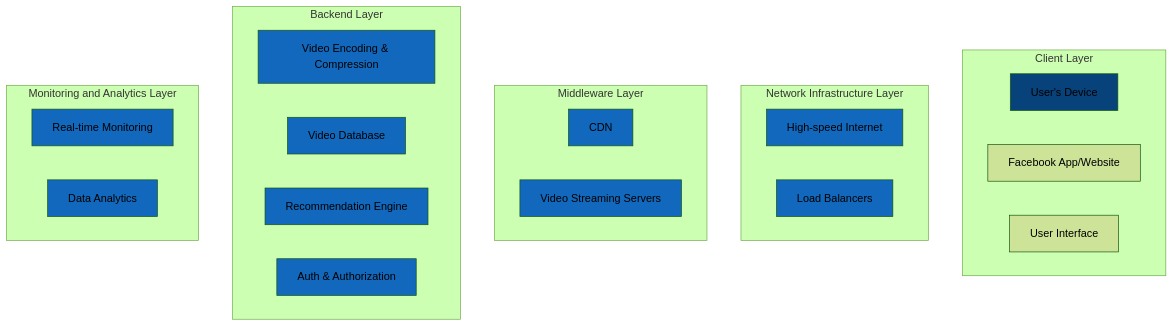
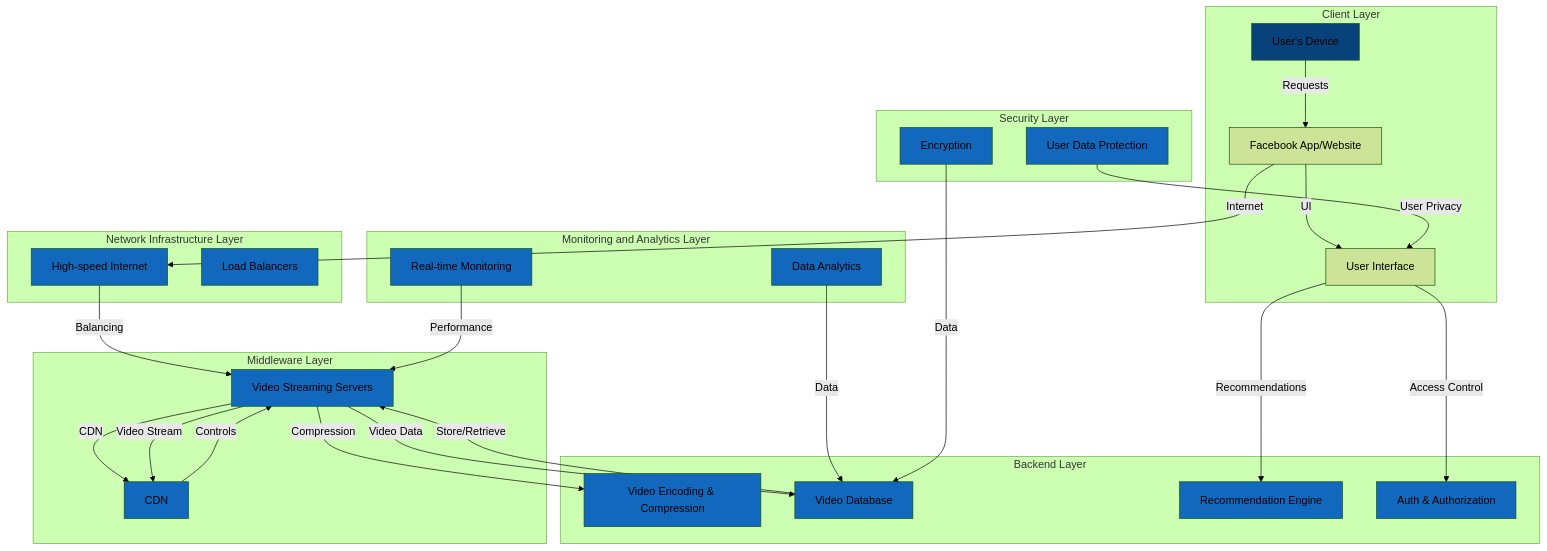
One commit to archetana/refArchitectures changed the diagram in VideoStreaming.md. Above: the diagram before and after it, drawn with Mermaid (forest theme).

````diff
--- a/VideoStreaming.md
+++ b/VideoStreaming.md
@@ -1,36 +1,59 @@
 ```mermaid
 flowchart TB
 
 subgraph clientLayer[Client Layer]
     classDef person fill:#08427b
     A[User's Device]:::person
     B[Facebook App/Website]
     D[User Interface]
 end
 
 subgraph networkLayer[Network Infrastructure Layer]
     classDef internalContainer fill:#1168bd
     K[High-speed Internet]:::internalContainer
     L[Load Balancers]:::internalContainer
 end
 
 subgraph middlewareLayer[Middleware Layer]
     classDef internalContainer fill:#1168bd
     E[CDN]:::internalContainer
     F[Video Streaming Servers]:::internalContainer
 end
 
 subgraph backendLayer[Backend Layer]
     classDef internalContainer fill:#1168bd
     G[Video Encoding & Compression]:::internalContainer
     H[Video Database]:::internalContainer
     I[Recommendation Engine]:::internalContainer
     J[Auth & Authorization]:::internalContainer
 end
 
 subgraph monitoringLayer[Monitoring and Analytics Layer]
     classDef internalContainer fill:#1168bd
     M[Real-time Monitoring]:::internalContainer
     N[Data Analytics]:::internalContainer
 end
+
+subgraph securityLayer[Security Layer]
+    classDef internalContainer fill:#1168bd
+    O[Encryption]:::internalContainer
+    P[User Data Protection]:::internalContainer
+end
+
+A -->|Requests| B
+B -->|Internet| K
+K -->|Balancing| F
+F -->|Video Data| H
+F -->|CDN| E
+H -->|Store/Retrieve| F
+F -->|Compression| G
+F -->|Video Stream| E
+E -->|Controls| F
+D -->|Access Control| J
+D -->|Recommendations| I
+B -->|UI| D
+N -->|Data| H
+M -->|Performance| F
+O -->|Data| H
+P -->|User Privacy| D
 ```
````
